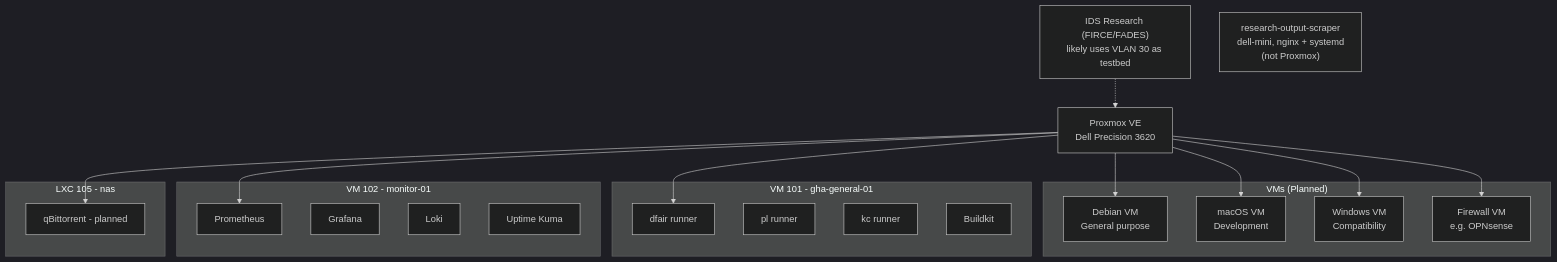
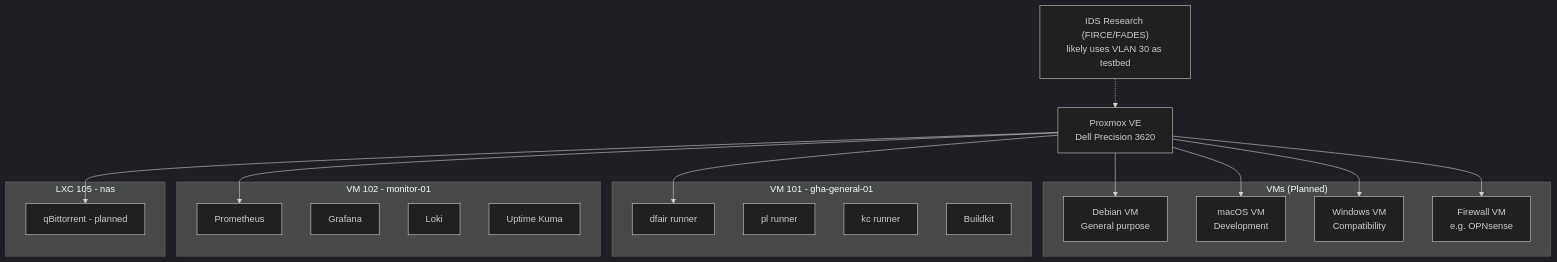
The diagram in docs/services/README.md (sethbarrett50/home_lab_docs), drawn with Mermaid (dark theme) before and after one commit.

Commit message:
docs: drop disconnected research-output-scraper node from Services diagram
The Services Overview mermaid graph is a topology diagram (who connects
to what) - the ROSC node had no edges, so it added clutter without
conveying anything the Service Status table and the dedicated
research-output-scraper.md page don't already cover.

````diff
--- a/docs/services/README.md
+++ b/docs/services/README.md
@@ -20,42 +20,40 @@
 ```mermaid
 graph TD
     PVE[Proxmox VE\nDell Precision 3620]
 
     subgraph "VMs (Planned)"
         DEBIAN[Debian VM\nGeneral purpose]
         MACOS[macOS VM\nDevelopment]
         WIN[Windows VM\nCompatibility]
         FW[Firewall VM\ne.g. OPNsense]
     end
 
     subgraph "VM 101 - gha-general-01"
         GHA1[dfair runner]
         GHA2[pl runner]
         GHA3[kc runner]
         BK[Buildkit]
     end
 
     subgraph "VM 102 - monitor-01"
         PROM[Prometheus]
         GRAF[Grafana]
         LOKI[Loki]
         KUMA[Uptime Kuma]
     end
 
     subgraph "LXC 105 - nas"
         QB[qBittorrent - planned]
     end
 
     PVE --> DEBIAN
     PVE --> MACOS
     PVE --> WIN
     PVE --> FW
     PVE --> GHA1
     PVE --> PROM
     PVE --> QB
 
     IDS["IDS Research (FIRCE/FADES)\nlikely uses VLAN 30 as testbed"]
     IDS -.-> PVE
-
-    ROSC["research-output-scraper\ndell-mini, nginx + systemd\n(not Proxmox)"]
 ```
````
